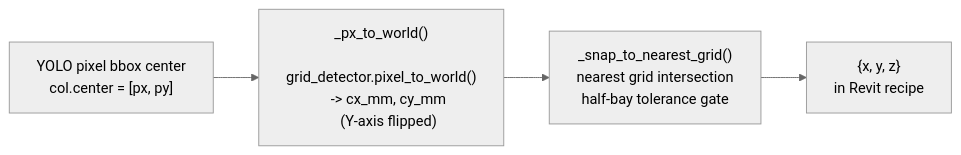
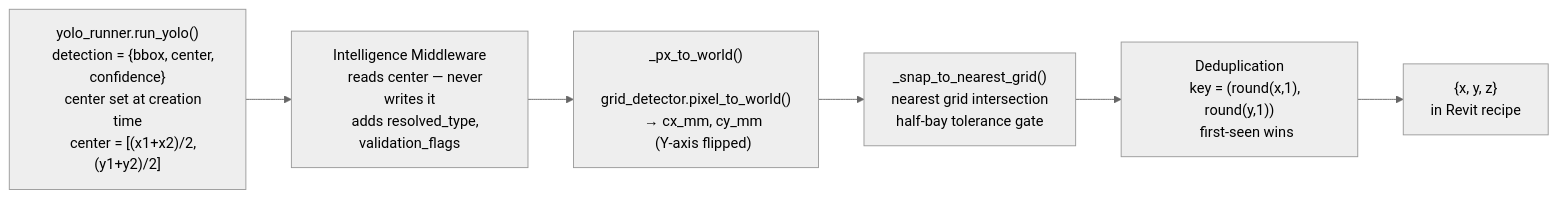
The second of 3 diagrams in README.md (josephteh97/mcc-amplify-v4), drawn with Mermaid (neutral theme) before and after one commit. The commit also changed other lines of this file, not shown here.

Commit message:
update the mermaid flow

````diff
--- a/README.md
+++ b/README.md
@@ -179,14 +194,22 @@
 ```mermaid
 flowchart LR
-    YOLO["YOLO pixel bbox center
-    col.center = [px, py]"]
-    YOLO --> PXW["_px_to_world()
+    YOLO["yolo_runner.run_yolo()
+    detection = {bbox, center, confidence}
+    center set at creation time
+    center = [(x1+x2)/2, (y1+y2)/2]"]
+    YOLO --> INT["Intelligence Middleware
+    reads center — never writes it
+    adds resolved_type, validation_flags"]
+    INT --> PXW["_px_to_world()
     grid_detector.pixel_to_world()
-    -> cx_mm, cy_mm
+    → cx_mm, cy_mm
     (Y-axis flipped)"]
     PXW --> SNAP["_snap_to_nearest_grid()
     nearest grid intersection
     half-bay tolerance gate"]
-    SNAP --> RECIPE["{x, y, z}
+    SNAP --> DEDUP["Deduplication
+    key = (round(x,1), round(y,1))
+    first-seen wins"]
+    DEDUP --> RECIPE["{x, y, z}
     in Revit recipe"]
 ```
````
